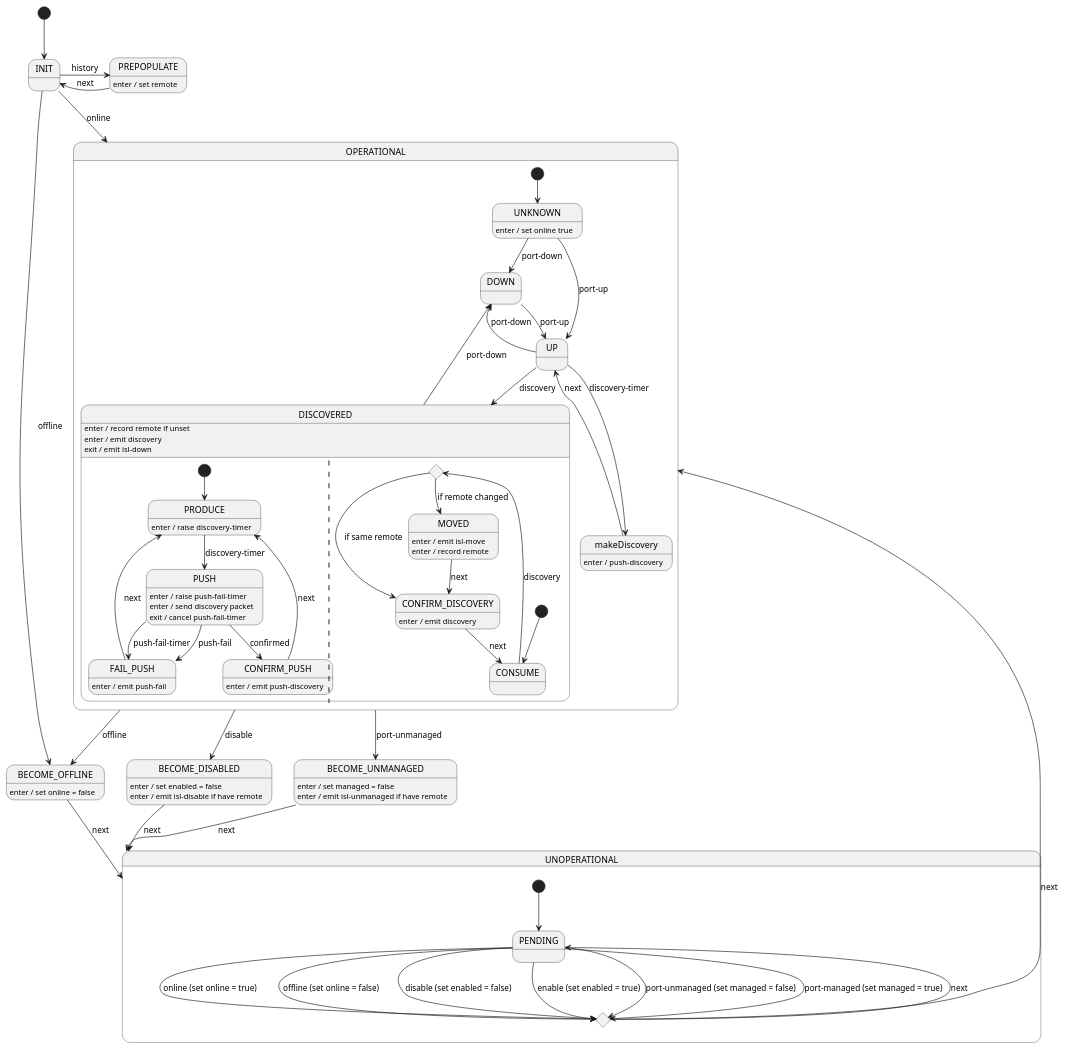
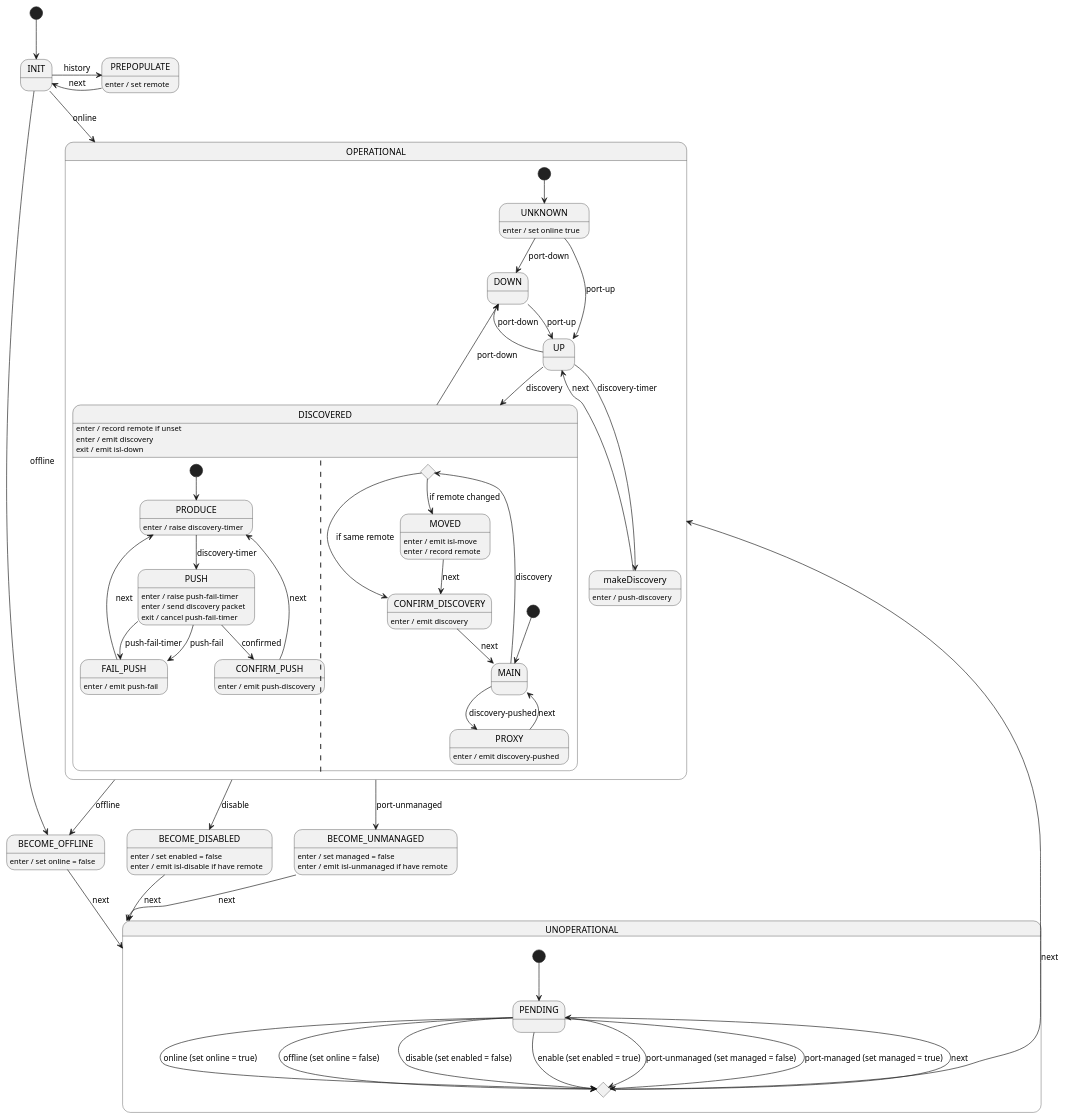
One commit to jangwonpark74/open-kilda changed the diagram in docs/design/network-discovery/port-FSM.puml. Above: the diagram before and after it, drawn with PlantUML. The commit also changed 3 other files, not shown here.

```diff
--- a/docs/design/network-discovery/port-FSM.puml
+++ b/docs/design/network-discovery/port-FSM.puml
@@ -27,101 +27,105 @@
 @startuml
 [*] --> INIT
 
 INIT -r-> PREPOPULATE : history
 INIT --> BECOME_OFFLINE : offline
 INIT --> OPERATIONAL : online
 
 PREPOPULATE : enter / set remote
 PREPOPULATE -l-> INIT : next
 
 state OPERATIONAL {
     [*] --> UNKNOWN
 
     UNKNOWN --> DOWN : port-down
     UNKNOWN --> UP : port-up
     UNKNOWN : enter / set online true
 
     UP --> DOWN : port-down
     UP --> makeDiscovery : discovery-timer
     UP --> DISCOVERED : discovery
 
     makeDiscovery : enter / push-discovery
     makeDiscovery --> UP : next
 
     DOWN --> UP : port-up
 
     state DISCOVERED {
         DISCOVERED : enter / record remote if unset
         DISCOVERED : enter / emit discovery
         DISCOVERED : exit / emit isl-down
 
         [*] --> PRODUCE
         PRODUCE --> PUSH : discovery-timer
         PRODUCE : enter / raise discovery-timer
 
         PUSH --> CONFIRM_PUSH : confirmed
         PUSH --> FAIL_PUSH : push-fail-timer
         PUSH --> FAIL_PUSH : push-fail
         PUSH : enter / raise push-fail-timer
         PUSH : enter / send discovery packet
         PUSH : exit / cancel push-fail-timer
 
         CONFIRM_PUSH --> PRODUCE : next
         CONFIRM_PUSH : enter / emit push-discovery
 
         FAIL_PUSH --> PRODUCE : next
         FAIL_PUSH : enter / emit push-fail
 
         ||
 
         state checkMoved <<choice>>
 
-        [*] --> CONSUME
+        [*] --> MAIN
         
-        CONSUME --> checkMoved : discovery 
+        MAIN --> checkMoved : discovery
+        MAIN --> PROXY : discovery-pushed
 
         checkMoved --> CONFIRM_DISCOVERY : if same remote
         checkMoved --> MOVED : if remote changed
+
+        PROXY --> MAIN : next
+        PROXY : enter / emit discovery-pushed
 
         MOVED --> CONFIRM_DISCOVERY : next
         MOVED : enter / emit isl-move
         MOVED : enter / record remote
 
-        CONFIRM_DISCOVERY --> CONSUME : next
+        CONFIRM_DISCOVERY --> MAIN : next
         CONFIRM_DISCOVERY : enter / emit discovery
     }
     DISCOVERED --> DOWN : port-down
 }
 
 OPERATIONAL --> BECOME_OFFLINE : offline
 OPERATIONAL --> BECOME_DISABLED : disable
 OPERATIONAL --> BECOME_UNMANAGED : port-unmanaged
 
 BECOME_OFFLINE --> UNOPERATIONAL : next
 BECOME_OFFLINE : enter / set online = false
 
 BECOME_DISABLED --> UNOPERATIONAL : next
 BECOME_DISABLED : enter / set enabled = false
 BECOME_DISABLED : enter / emit isl-disable if have remote
 
 BECOME_UNMANAGED --> UNOPERATIONAL : next
 BECOME_UNMANAGED : enter / set managed = false
 BECOME_UNMANAGED : enter / emit isl-unmanaged if have remote
 
 state UNOPERATIONAL {
     [*] --> PENDING
 
     state OPERATIONAL_DECISION <<choice>>
 
     PENDING --> OPERATIONAL_DECISION : online (set online = true)
     PENDING --> OPERATIONAL_DECISION : offline (set online = false)
     PENDING --> OPERATIONAL_DECISION : disable (set enabled = false)
     PENDING --> OPERATIONAL_DECISION : enable (set enabled = true)
     PENDING --> OPERATIONAL_DECISION : port-unmanaged (set managed = false)
     PENDING --> OPERATIONAL_DECISION : port-managed (set managed = true)
 
     OPERATIONAL_DECISION --> PENDING : next
     OPERATIONAL_DECISION -u-> OPERATIONAL : next
 }
 
 @enduml
```
